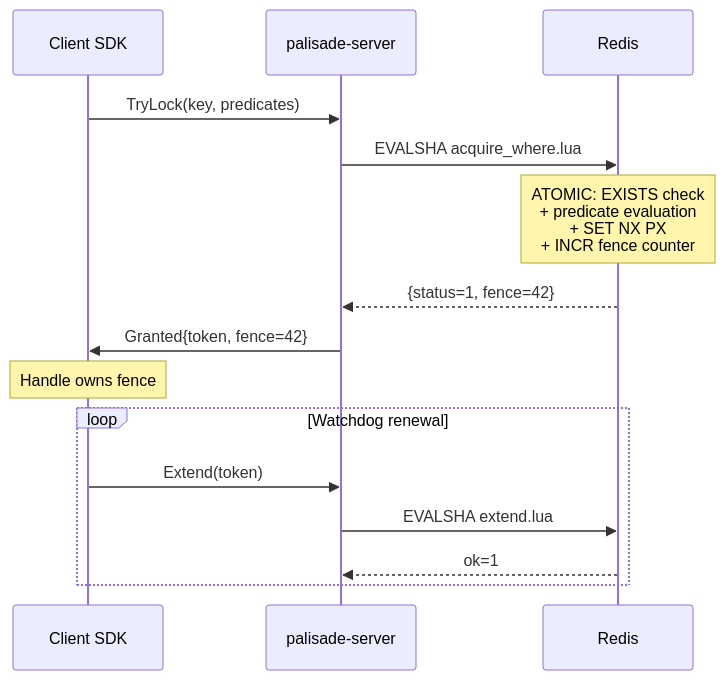
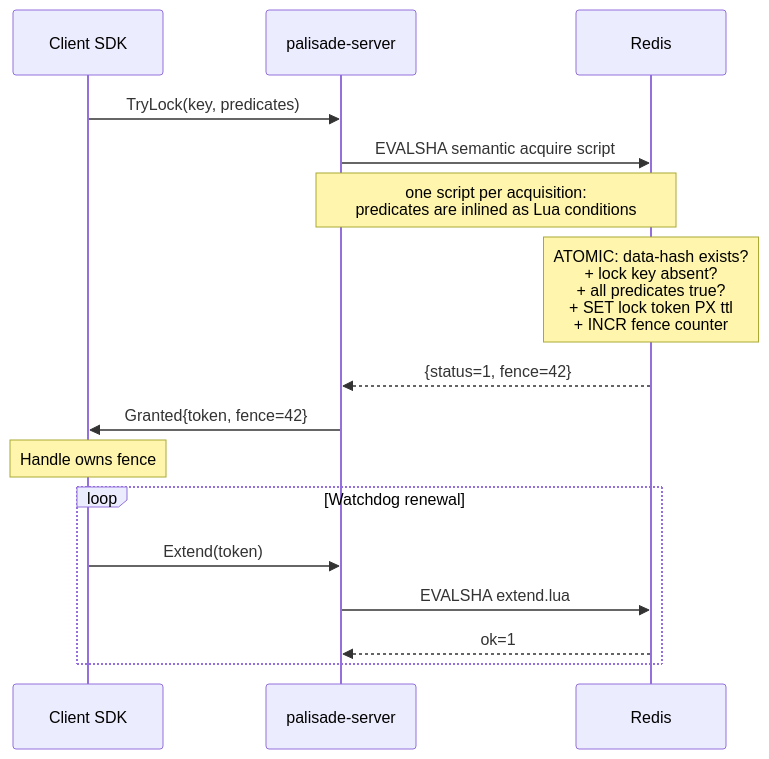
One commit to MaNiSh-9211/LockDis changed the third of 8 diagrams in ARCHITECTURE.md. Above: the diagram before and after it, drawn with Mermaid. The commit also changed other lines of this file, not shown here.

First line of the commit message:
Fix architecture diagrams against the code; document demo surface

````diff
--- a/ARCHITECTURE.md
+++ b/ARCHITECTURE.md
@@ -59,19 +65,20 @@
 ```mermaid
 sequenceDiagram
     participant C as Client SDK
     participant S as palisade-server
     participant R as Redis
 
     C->>S: TryLock(key, predicates)
-    S->>R: EVALSHA acquire_where.lua
-    Note over R: ATOMIC: EXISTS check<br/>+ predicate evaluation<br/>+ SET NX PX<br/>+ INCR fence counter
+    S->>R: EVALSHA semantic acquire script
+    Note over S,R: one script per acquisition:<br/>predicates are inlined as Lua conditions
+    Note over R: ATOMIC: data-hash exists?<br/>+ lock key absent?<br/>+ all predicates true?<br/>+ SET lock token PX ttl<br/>+ INCR fence counter
     R-->>S: {status=1, fence=42}
     S->>C: Granted{token, fence=42}
     Note over C: Handle owns fence #42.<br/>Watchdog renews at ttl/3.
     
     loop Watchdog renewal
         C->>S: Extend(token)
         S->>R: EVALSHA extend.lua
         R-->>S: ok=1
     end
 ```
````
